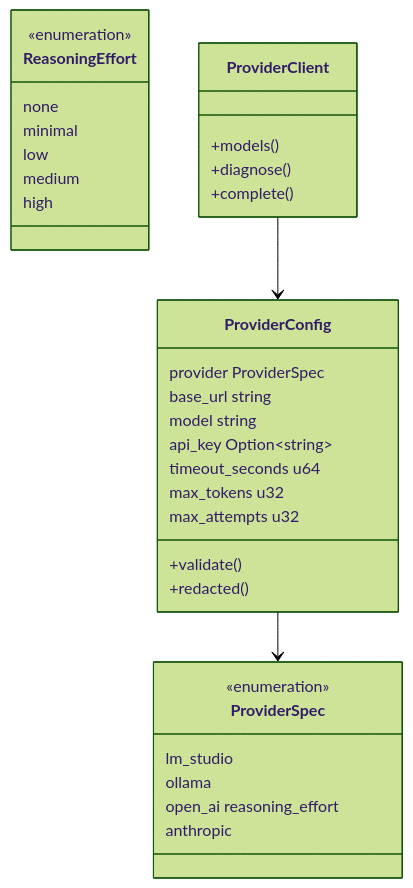
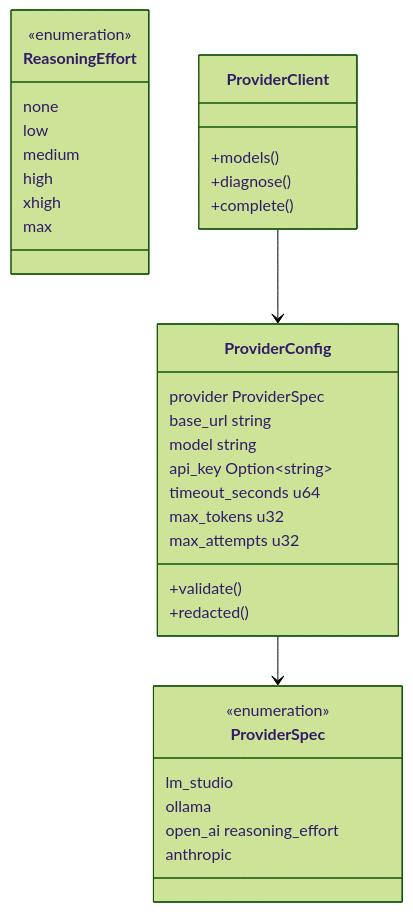
One commit to everettielle/RosettaCue changed diagram 18 of 18 in docs/specification.md. Above: the diagram before and after it, drawn with Mermaid (forest theme). The commit also changed other lines of this file and 6 other files, not shown here.

````diff
--- a/docs/specification.md
+++ b/docs/specification.md
@@ -1265,36 +1265,37 @@
 ```mermaid
 classDiagram
   class ProviderConfig {
     provider ProviderSpec
     base_url string
     model string
     api_key Option~string~
     timeout_seconds u64
     max_tokens u32
     max_attempts u32
     +validate()
     +redacted()
   }
   class ProviderSpec {
     <<enumeration>>
     lm_studio
     ollama
     open_ai reasoning_effort
     anthropic
   }
   class ReasoningEffort {
     <<enumeration>>
     none
-    minimal
     low
     medium
     high
+    xhigh
+    max
   }
   class ProviderClient {
     +models()
     +diagnose()
     +complete()
   }
   ProviderConfig --> ProviderSpec
   ProviderClient --> ProviderConfig
 ```
````
